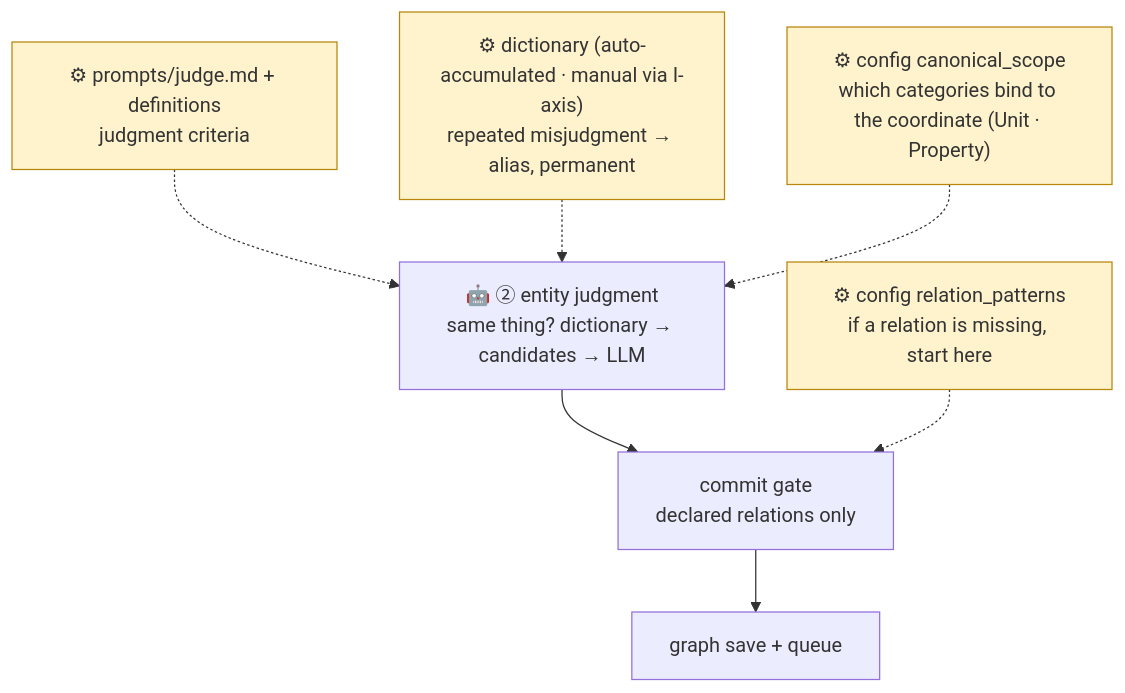
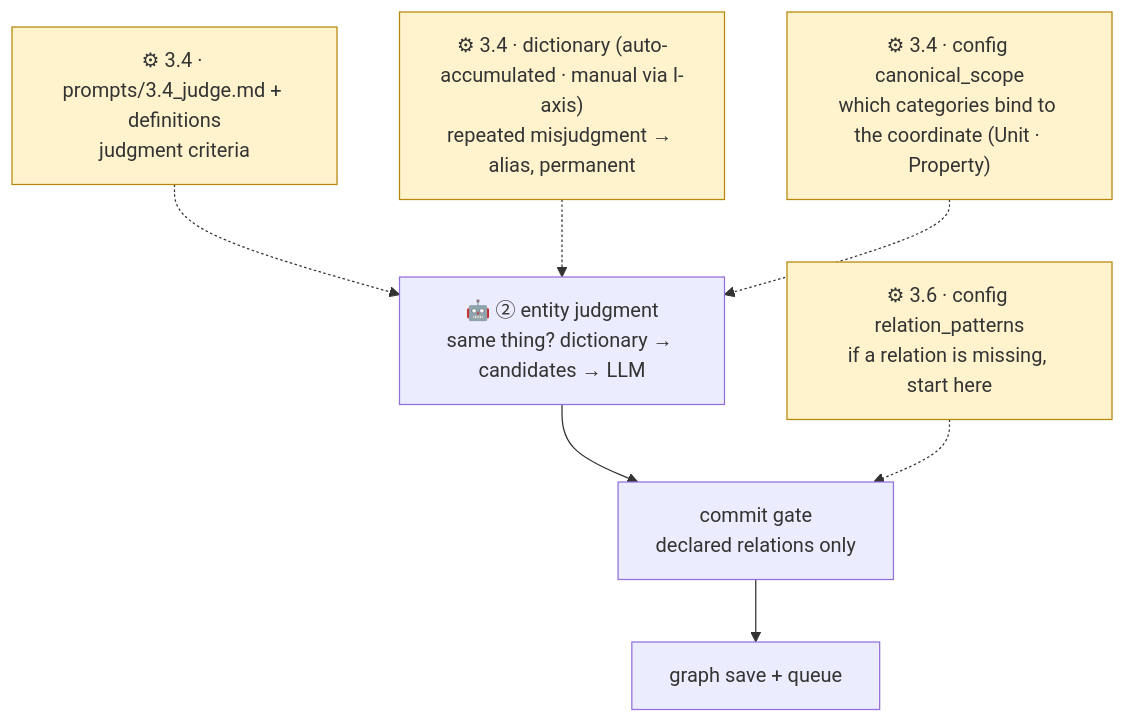
The third of 4 diagrams in docs/구조도/05_조절_지도.md (playjae0/ontology_system), drawn with Mermaid before and after one commit. The commit also changed other lines of this file and 12 other files, not shown here.

````diff
--- a/docs/구조도/05_조절_지도.md
+++ b/docs/구조도/05_조절_지도.md
@@ -55,11 +55,11 @@
 ```mermaid
 flowchart TD
   I["🤖 ② entity judgment<br/>same thing? dictionary → candidates → LLM"]
   I --> J["commit gate<br/>declared relations only"] --> K["graph save + queue"]
 
-  Q2["⚙ prompts/judge.md + definitions<br/>judgment criteria"]:::knob -.-> I
-  Q3["⚙ dictionary (auto-accumulated · manual via I-axis)<br/>repeated misjudgment → alias, permanent"]:::knob -.-> I
-  Q4["⚙ config relation_patterns<br/>if a relation is missing, start here"]:::knob -.-> J
-  Q5["⚙ config canonical_scope<br/>which categories bind to the coordinate (Unit · Property)"]:::knob -.-> I
+  Q2["⚙ 3.4 · prompts/3.4_judge.md + definitions<br/>judgment criteria"]:::knob -.-> I
+  Q3["⚙ 3.4 · dictionary (auto-accumulated · manual via I-axis)<br/>repeated misjudgment → alias, permanent"]:::knob -.-> I
+  Q4["⚙ 3.6 · config relation_patterns<br/>if a relation is missing, start here"]:::knob -.-> J
+  Q5["⚙ 3.4 · config canonical_scope<br/>which categories bind to the coordinate (Unit · Property)"]:::knob -.-> I
   classDef knob fill:#fff3cd,stroke:#b8860b
 ```
````
